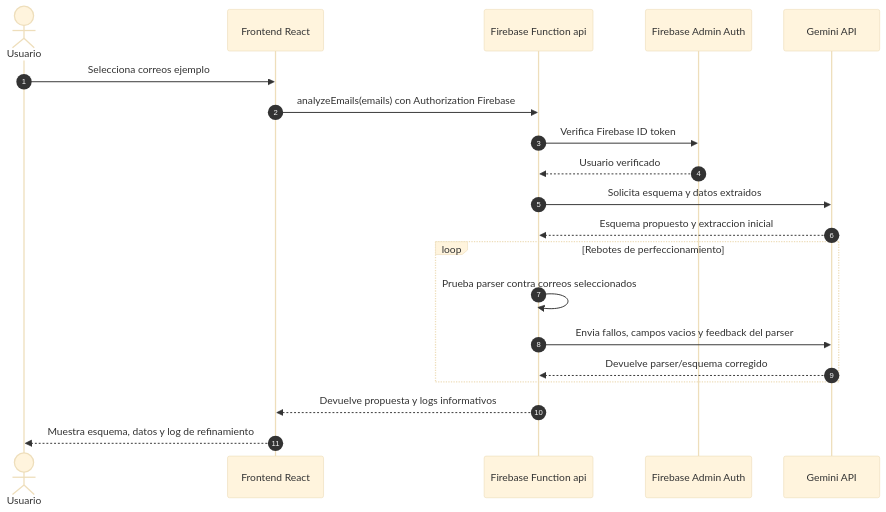
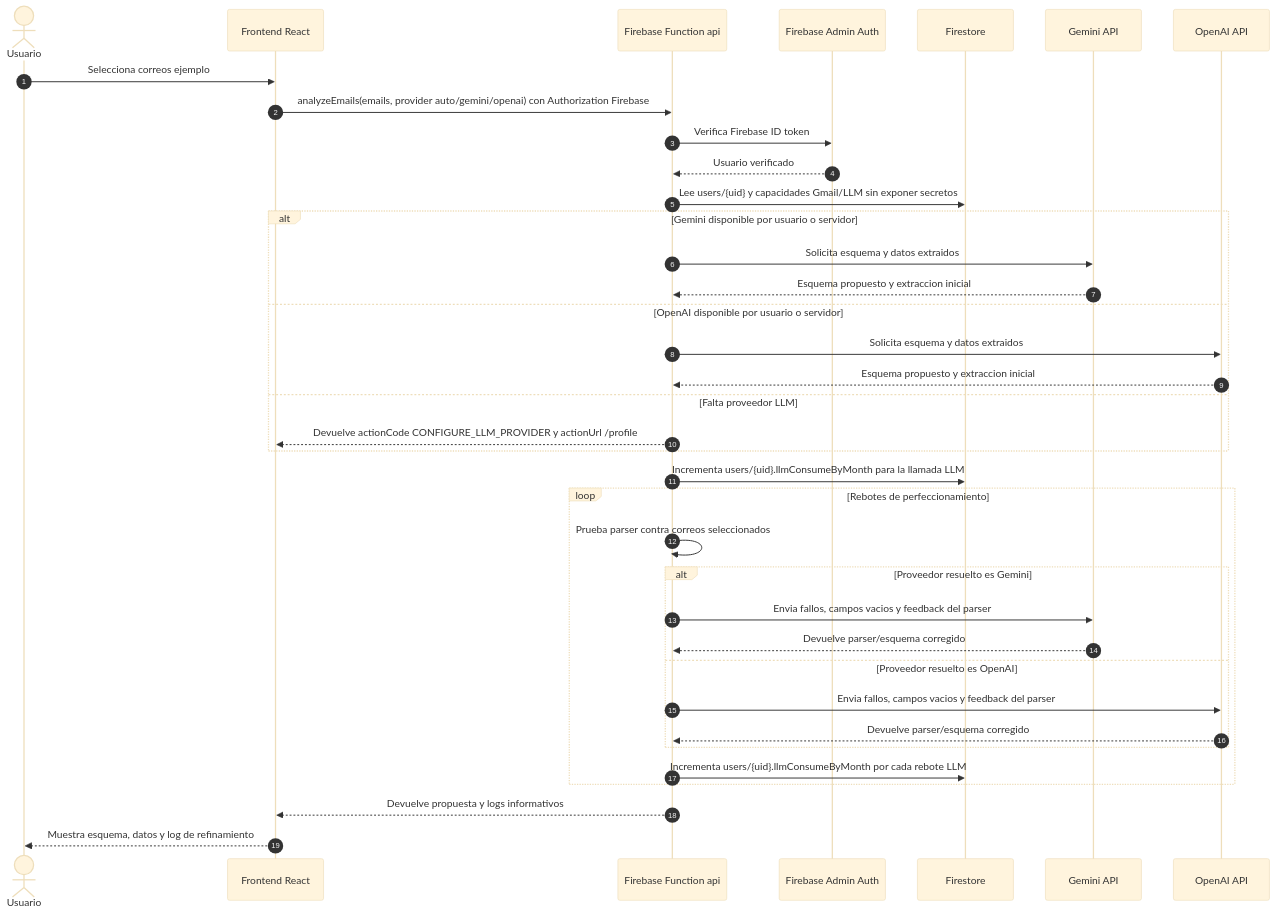
The third of 10 diagrams in sequence-diagram.md (mijahilbarra/organizr), drawn with Mermaid (base theme) before and after one commit. The commit also changed other lines of this file and 138 other files, not shown here.

Commit message:
Add GPT workflows, computed fields, and schema editing

````diff
--- a/sequence-diagram.md
+++ b/sequence-diagram.md
@@ -74,23 +75,40 @@
 ```mermaid
 sequenceDiagram
   autonumber
   actor User as Usuario
   participant Frontend as Frontend React
   participant Function as Firebase Function api
   participant FirebaseAuth as Firebase Admin Auth
+  participant Firestore as Firestore
   participant Gemini as Gemini API
+  participant OpenAI as OpenAI API
 
   User->>Frontend: Selecciona correos ejemplo
-  Frontend->>Function: analyzeEmails(emails) con Authorization Firebase
+  Frontend->>Function: analyzeEmails(emails, provider auto/gemini/openai) con Authorization Firebase
   Function->>FirebaseAuth: Verifica Firebase ID token
   FirebaseAuth-->>Function: Usuario verificado
-  Function->>Gemini: Solicita esquema y datos extraidos
-  Gemini-->>Function: Esquema propuesto y extraccion inicial
+  Function->>Firestore: Lee users/{uid} y capacidades Gmail/LLM sin exponer secretos
+  alt Gemini disponible por usuario o servidor
+    Function->>Gemini: Solicita esquema y datos extraidos
+    Gemini-->>Function: Esquema propuesto y extraccion inicial
+  else OpenAI disponible por usuario o servidor
+    Function->>OpenAI: Solicita esquema y datos extraidos
+    OpenAI-->>Function: Esquema propuesto y extraccion inicial
+  else Falta proveedor LLM
+    Function-->>Frontend: Devuelve actionCode CONFIGURE_LLM_PROVIDER y actionUrl /profile
+  end
+  Function->>Firestore: Incrementa users/{uid}.llmConsumeByMonth para la llamada LLM
   loop Rebotes de perfeccionamiento
     Function->>Function: Prueba parser contra correos seleccionados
-    Function->>Gemini: Envia fallos, campos vacios y feedback del parser
-    Gemini-->>Function: Devuelve parser/esquema corregido
+    alt Proveedor resuelto es Gemini
+      Function->>Gemini: Envia fallos, campos vacios y feedback del parser
+      Gemini-->>Function: Devuelve parser/esquema corregido
+    else Proveedor resuelto es OpenAI
+      Function->>OpenAI: Envia fallos, campos vacios y feedback del parser
+      OpenAI-->>Function: Devuelve parser/esquema corregido
+    end
+    Function->>Firestore: Incrementa users/{uid}.llmConsumeByMonth por cada rebote LLM
   end
   Function-->>Frontend: Devuelve propuesta y logs informativos
   Frontend-->>User: Muestra esquema, datos y log de refinamiento
 ```
````
